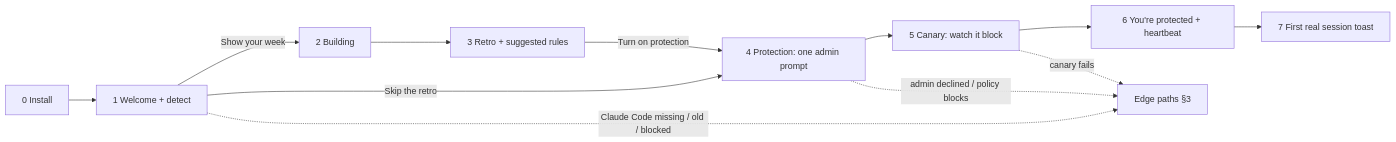
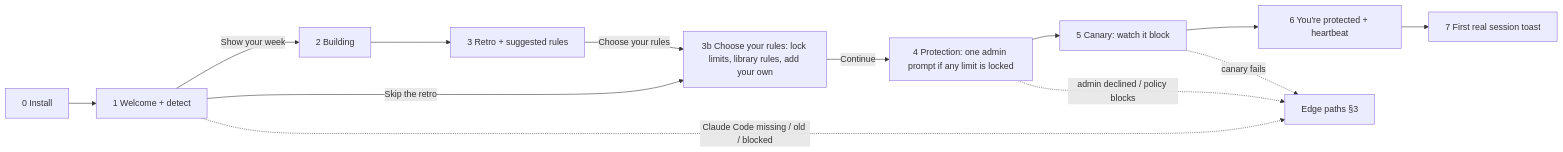
Before and after one commit to Majd-Alhakim/bench: the diagram in docs/design/ux/companion/onboarding-flow.md, drawn with Mermaid. The commit also changed other lines of this file and 18 other files, not shown here.

````diff
--- a/docs/design/ux/companion/onboarding-flow.md
+++ b/docs/design/ux/companion/onboarding-flow.md
@@ -36,14 +37,15 @@
 ```mermaid
 flowchart LR
   I[0 Install] --> W[1 Welcome + detect]
   W -->|Show your week| B[2 Building]
-  W -->|Skip the retro| P
+  W -->|Skip the retro| CR
   B --> R[3 Retro + suggested rules]
-  R -->|Turn on protection| P[4 Protection: one admin prompt]
+  R -->|Choose your rules| CR[3b Choose your rules: lock limits, library rules, add your own]
+  CR -->|Continue| P[4 Protection: one admin prompt if any limit is locked]
   P --> C[5 Canary: watch it block]
   C --> D[6 You're protected + heartbeat]
   D --> S[7 First real session toast]
   W -. Claude Code missing / old / blocked .-> E[Edge paths §3]
   P -. admin declined / policy blocks .-> E
   C -. canary fails .-> E
 ```
````
